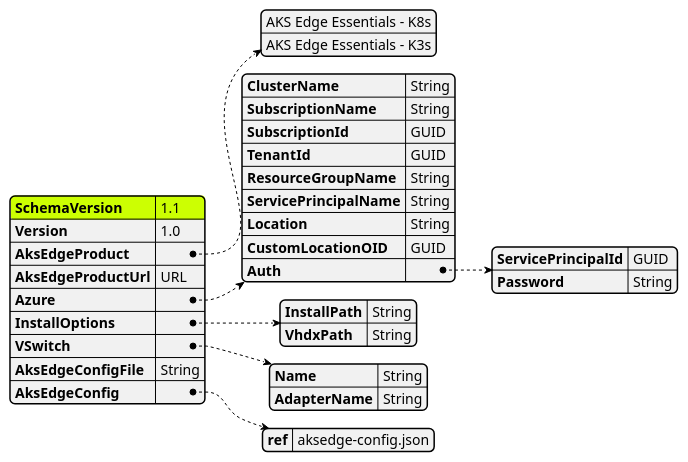
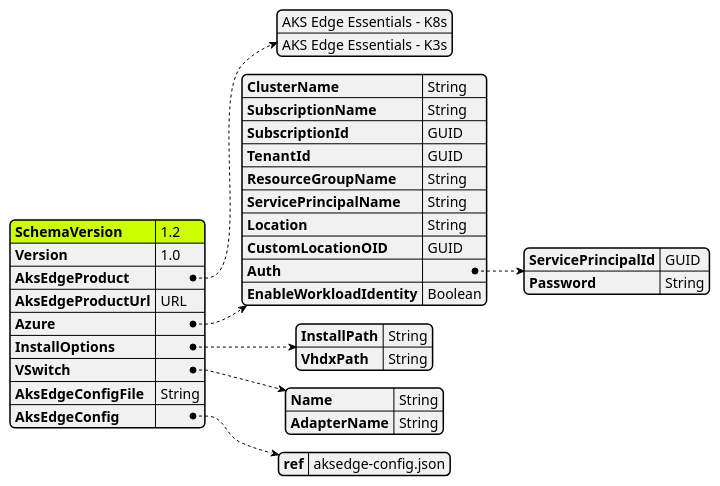
One commit to Azure/AKS-Edge changed the diagram in tools/modules/AksEdgeDeploy/aide-userconfig.puml. Above: the diagram before and after it, drawn with PlantUML. The commit also changed 4 other files, not shown here.

```diff
--- a/tools/modules/AksEdgeDeploy/aide-userconfig.puml
+++ b/tools/modules/AksEdgeDeploy/aide-userconfig.puml
@@ -1,61 +1,62 @@
 @startjson AksEdgeDeploy
 <style>
 jsonDiagram {
     node {
         FontSize 12
         RoundCorner 10
         LineThickness 0.5
         separator {
             LineThickness 0.25
         }
     }
     arrow {
         LineThickness 0.5
         LineStyle 2;6
     }
     highlight {
         BackgroundColor black
         FontColor White
     }
 }
 </style>
 #highlight "SchemaVersion"
 {
-    "SchemaVersion":"1.1",
+    "SchemaVersion":"1.2",
     "Version":"1.0",
     "AksEdgeProduct" : [
                 "AKS Edge Essentials - K8s",
                 "AKS Edge Essentials - K3s"
             ],
     "AksEdgeProductUrl" : "URL",
     "Azure":{
         "ClusterName":"String",
         "SubscriptionName":"String",
         "SubscriptionId": "GUID",
         "TenantId":"GUID",
         "ResourceGroupName": "String",
         "ServicePrincipalName" : "String",
         "Location" : "String",
         "CustomLocationOID":"GUID",
         "Auth": {
             "ServicePrincipalId" : "GUID",
             "Password" : "String"
-        }
+        },
+        "EnableWorkloadIdentity" : "Boolean"
     }
     ,
     "InstallOptions":{
         "InstallPath":"String",
         "VhdxPath":"String"
     }
     ,
     "VSwitch": {
         "Name": "String",
         "AdapterName": "String"
     }
     ,
     "AksEdgeConfigFile":"String",
     "AksEdgeConfig":{
         "ref" :"aksedge-config.json"
     }
 }
 @endjson
```
